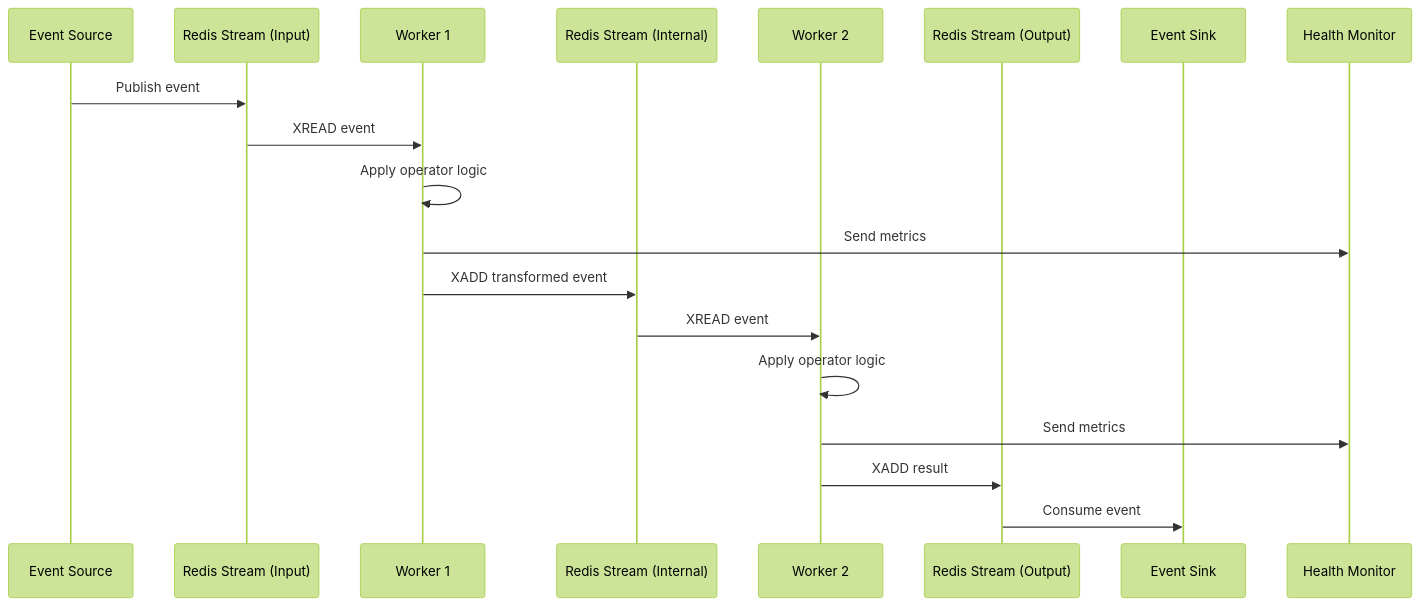
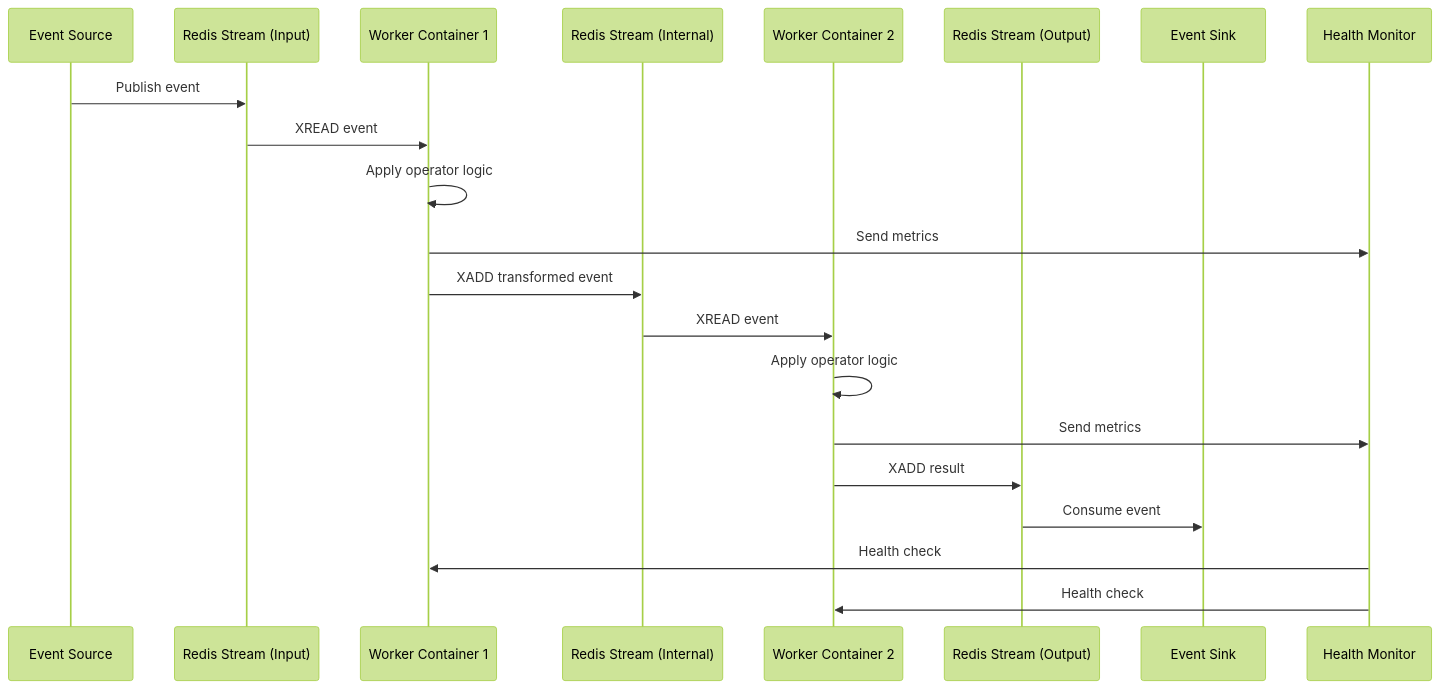
Before and after one commit to rathinadev/Flowstorm: the second of 22 diagrams in backend/docs/ARCHITECTURE.md, drawn with Mermaid (forest theme). The commit also changed other lines of this file, not shown here.

First line of the commit message:
Update backend ARCHITECTURE.md with additional Mermaid diagrams

````diff
--- a/backend/docs/ARCHITECTURE.md
+++ b/backend/docs/ARCHITECTURE.md
@@ -94,21 +89,23 @@
 ```mermaid
 sequenceDiagram
     participant Source as Event Source
     participant RedisIn as Redis Stream (Input)
-    participant W1 as Worker 1
+    participant Worker1 as Worker Container 1
     participant RedisInt as Redis Stream (Internal)
-    participant W2 as Worker 2
+    participant Worker2 as Worker Container 2
     participant RedisOut as Redis Stream (Output)
     participant Sink as Event Sink
-    participant Mon as Health Monitor
+    participant Monitor as Health Monitor
     Source->>RedisIn: Publish event
-    RedisIn->>W1: XREAD event
-    W1->>W1: Apply operator logic
-    W1->>Mon: Send metrics
-    W1->>RedisInt: XADD transformed event
-    RedisInt->>W2: XREAD event
-    W2->>W2: Apply operator logic
-    W2->>Mon: Send metrics
-    W2->>RedisOut: XADD result
+    RedisIn->>Worker1: XREAD event
+    Worker1->>Worker1: Apply operator logic
+    Worker1->>Monitor: Send metrics
+    Worker1->>RedisInt: XADD transformed event
+    RedisInt->>Worker2: XREAD event
+    Worker2->>Worker2: Apply operator logic
+    Worker2->>Monitor: Send metrics
+    Worker2->>RedisOut: XADD result
     RedisOut->>Sink: Consume event
+    Monitor->>Worker1: Health check
+    Monitor->>Worker2: Health check
 ```
````
